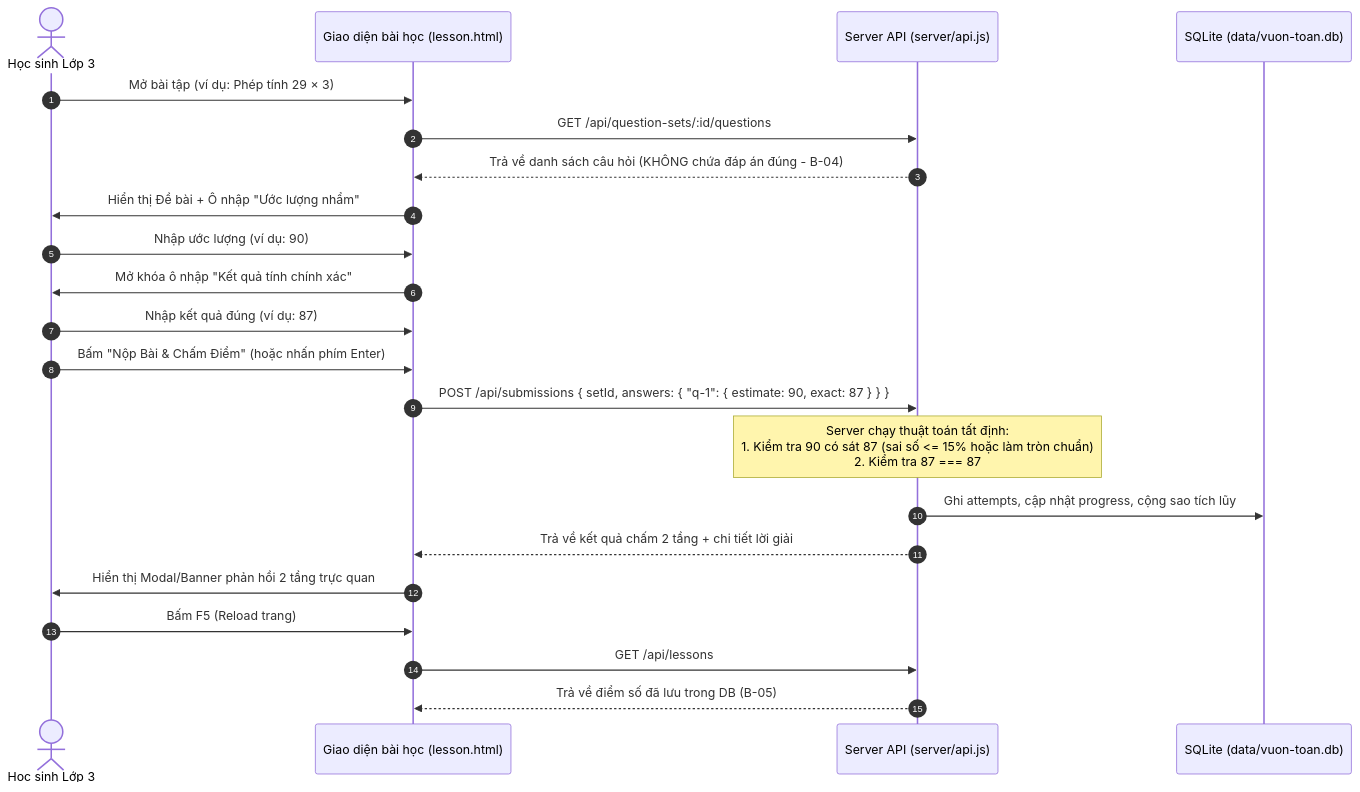
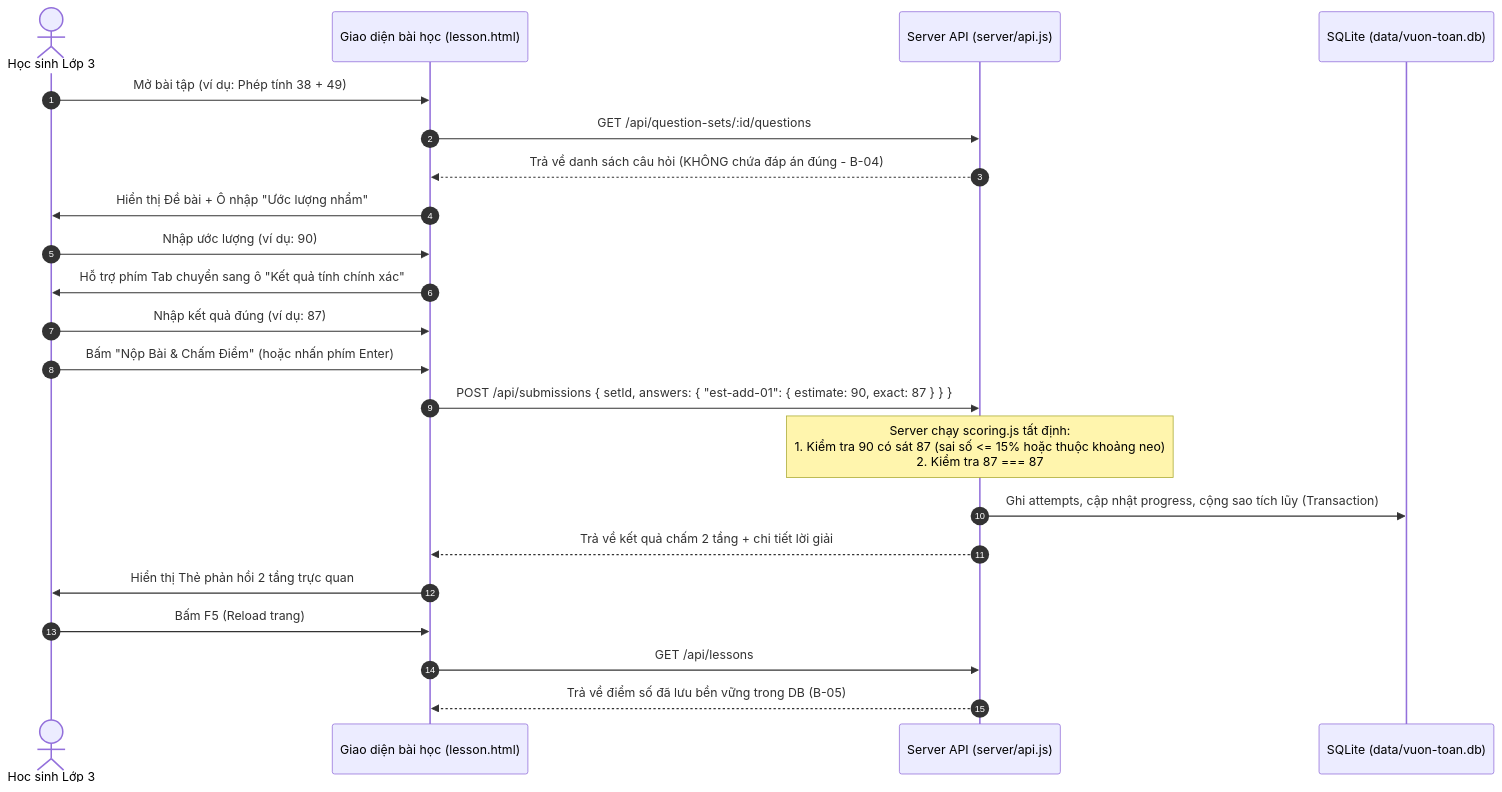
One commit to votandat-K69HUST/ktpmud-bkt-vuontoan-starter changed the diagram in artifacts/REQUIREMENTS.md. Above: the diagram before and after it, drawn with Mermaid. The commit also changed other lines of this file and 6 other files, not shown here.

Commit message:
feat(scope): mở rộng bài toán ước lượng thêm phép cộng trừ 2 chữ số, cập nhật ADR và 16 câu hỏi mẫu

````diff
--- a/artifacts/REQUIREMENTS.md
+++ b/artifacts/REQUIREMENTS.md
@@ -68,25 +108,25 @@
 ```mermaid
 sequenceDiagram
     autonumber
     actor HS as Học sinh Lớp 3
     participant FE as Giao diện bài học (lesson.html)
     participant BE as Server API (server/api.js)
     participant DB as SQLite (data/vuon-toan.db)
 
-    HS->>FE: Mở bài tập (ví dụ: Phép tính 29 × 3)
+    HS->>FE: Mở bài tập (ví dụ: Phép tính 38 + 49)
     FE->>BE: GET /api/question-sets/:id/questions
     BE-->>FE: Trả về danh sách câu hỏi (KHÔNG chứa đáp án đúng - B-04)
     FE->>HS: Hiển thị Đề bài + Ô nhập "Ước lượng nhẩm"
     HS->>FE: Nhập ước lượng (ví dụ: 90)
-    FE->>HS: Mở khóa ô nhập "Kết quả tính chính xác"
+    FE->>HS: Hỗ trợ phím Tab chuyển sang ô "Kết quả tính chính xác"
     HS->>FE: Nhập kết quả đúng (ví dụ: 87)
     HS->>FE: Bấm "Nộp Bài & Chấm Điểm" (hoặc nhấn phím Enter)
-    FE->>BE: POST /api/submissions { setId, answers: { "q-1": { estimate: 90, exact: 87 } } }
-    Note over BE: Server chạy thuật toán tất định:<br/>1. Kiểm tra 90 có sát 87 (sai số <= 15% hoặc làm tròn chuẩn)<br/>2. Kiểm tra 87 === 87
-    BE->>DB: Ghi attempts, cập nhật progress, cộng sao tích lũy
+    FE->>BE: POST /api/submissions { setId, answers: { "est-add-01": { estimate: 90, exact: 87 } } }
+    Note over BE: Server chạy scoring.js tất định:<br/>1. Kiểm tra 90 có sát 87 (sai số <= 15% hoặc thuộc khoảng neo)<br/>2. Kiểm tra 87 === 87
+    BE->>DB: Ghi attempts, cập nhật progress, cộng sao tích lũy (Transaction)
     BE-->>FE: Trả về kết quả chấm 2 tầng + chi tiết lời giải
-    FE->>HS: Hiển thị Modal/Banner phản hồi 2 tầng trực quan
+    FE->>HS: Hiển thị Thẻ phản hồi 2 tầng trực quan
     HS->>FE: Bấm F5 (Reload trang)
     FE->>BE: GET /api/lessons
-    BE-->>FE: Trả về điểm số đã lưu trong DB (B-05)
+    BE-->>FE: Trả về điểm số đã lưu bền vững trong DB (B-05)
 ```
````
